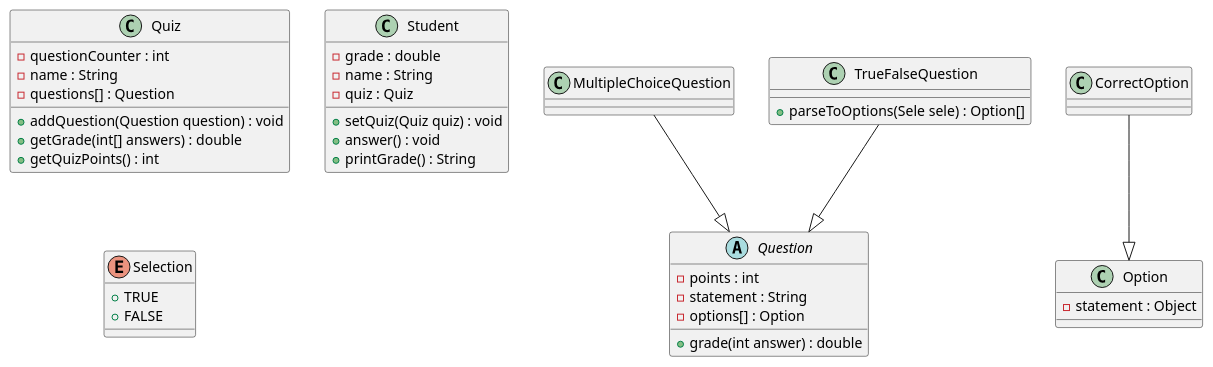
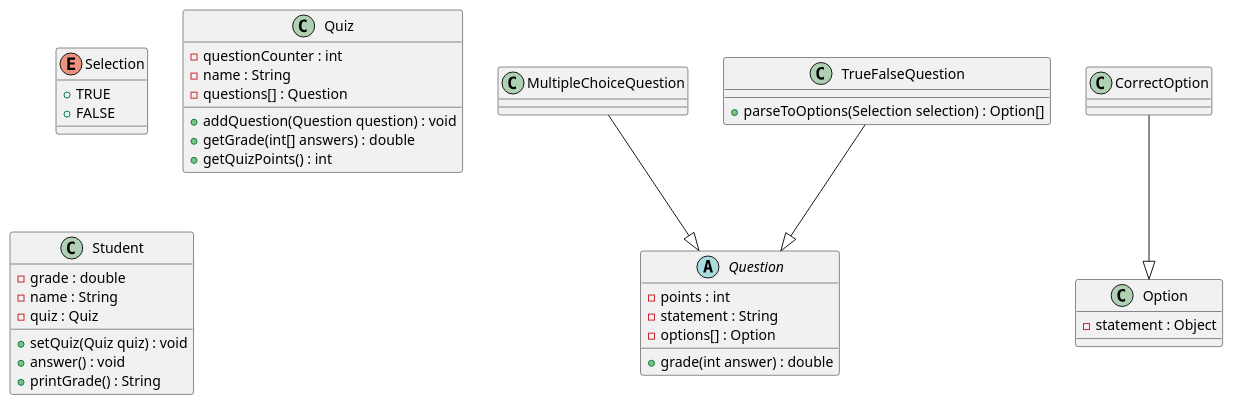
Before and after one commit to wesdell/quizz_design: the diagram in src/Quiz.puml, drawn with PlantUML.

Commit message:
Update quiz UML design

```diff
--- a/src/Quiz.puml
+++ b/src/Quiz.puml
@@ -1,48 +1,48 @@
 @startuml
+enum Selection {
++ TRUE
++ FALSE
+}
+
 class Quiz {
 - questionCounter : int
 - name : String
 -questions[] : Question
 + addQuestion(Question question) : void
 + getGrade(int[] answers) : double
 + getQuizPoints() : int
 }
 
 class Student {
 - grade : double
 - name : String
 - quiz : Quiz
 + setQuiz(Quiz quiz) : void
 + answer() : void
 + printGrade() : String
 }
 
 abstract class Question {
 - points : int
 - statement : String
 - options[] : Option
 + grade(int answer) : double
 }
 
 class MultipleChoiceQuestion
 
 class TrueFalseQuestion {
-+ parseToOptions(Sele sele) : Option[]
++ parseToOptions(Selection selection) : Option[]
 }
 
 class Option {
 - statement : Object
 }
 
 class CorrectOption
 
-enum Selection {
-+ TRUE
-+ FALSE
-}
-
 MultipleChoiceQuestion --|> Question
 TrueFalseQuestion --|> Question
 
 CorrectOption --|> Option
 @enduml
```
